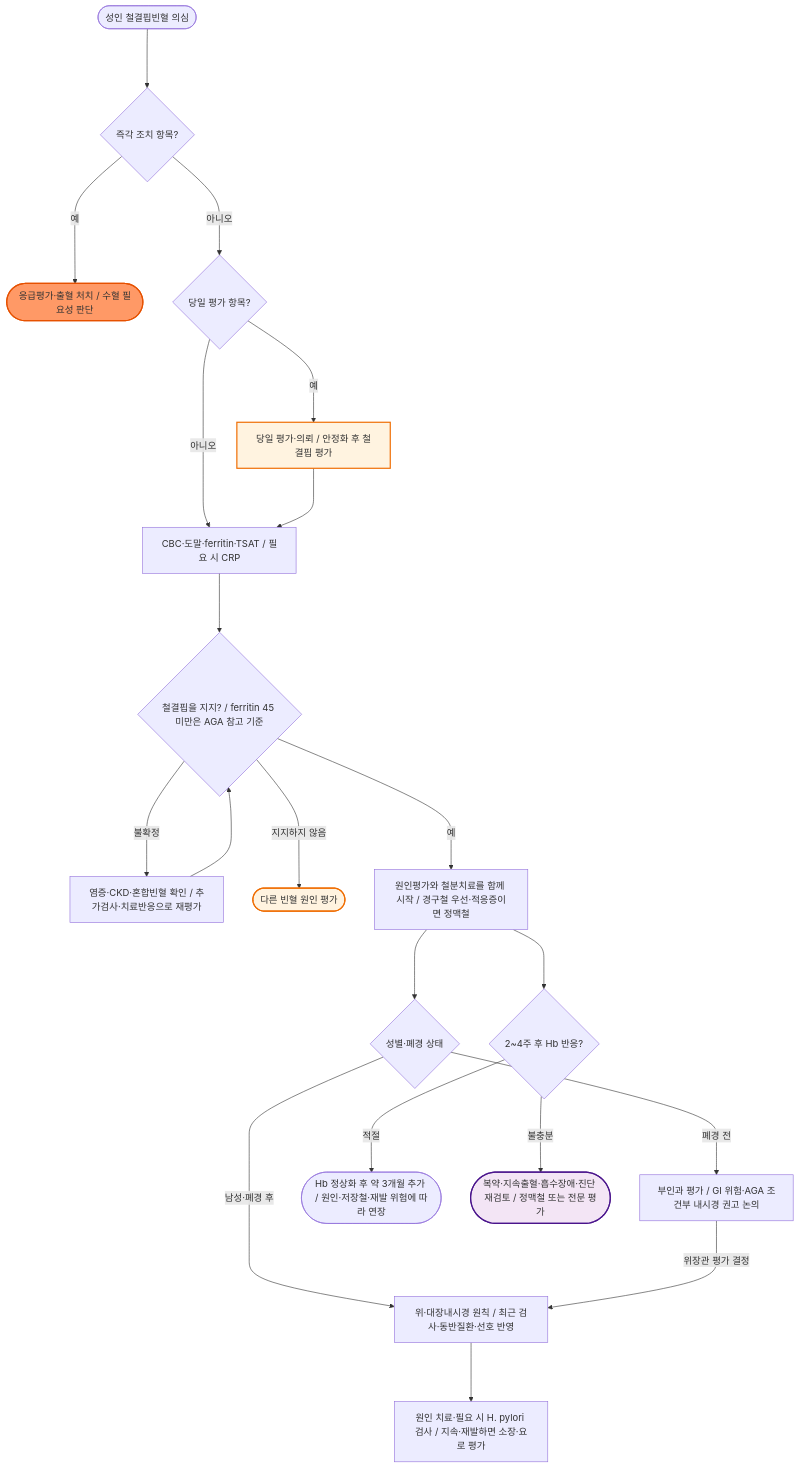
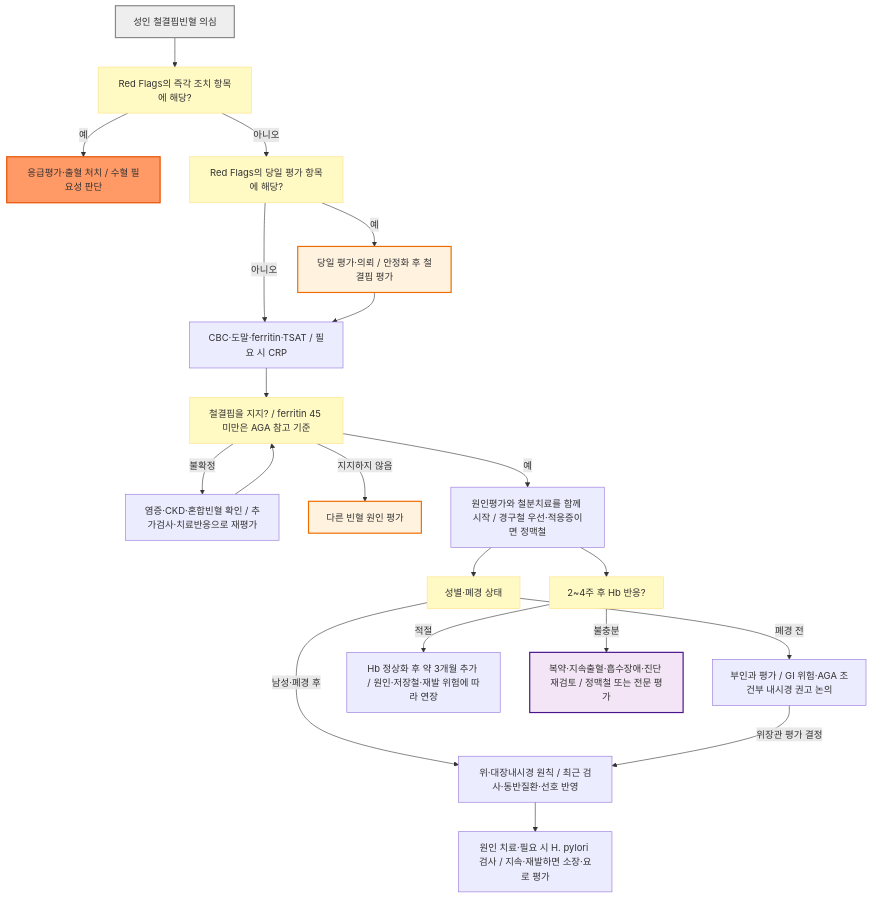
The diagram in 230_/193_-iron-def-anemia.md (familyoh77/familyoh77), drawn with Mermaid before and after one commit. The commit also changed other lines of this file and 16 other files, not shown here.

````diff
--- a/230_/193_-iron-def-anemia.md
+++ b/230_/193_-iron-def-anemia.md
@@ -126,26 +122,29 @@
 ```mermaid
 graph TD
-    A(["성인 철결핍빈혈 의심"]) ---> B{"즉각 조치 항목?"}
-    B --->|예| C(["응급평가·출혈 처치 / 수혈 필요성 판단"])
-    B --->|아니오| D{"당일 평가 항목?"}
-    D --->|예| E["당일 평가·의뢰 / 안정화 후 철결핍 평가"]
-    D --->|아니오| F["CBC·도말·ferritin·TSAT / 필요 시 CRP"]
-    E ---> F
-    F ---> G{"철결핍을 지지? / ferritin 45 미만은 AGA 참고 기준"}
-    G --->|불확정| H["염증·CKD·혼합빈혈 확인 / 추가검사·치료반응으로 재평가"]
-    G --->|지지하지 않음| U(["다른 빈혈 원인 평가"])
-    G --->|예| I["원인평가와 철분치료를 함께 시작 / 경구철 우선·적응증이면 정맥철"]
-    H ---> G
-    I ---> J{"성별·폐경 상태"}
-    J --->|남성·폐경 후| K["위·대장내시경 원칙 / 최근 검사·동반질환·선호 반영"]
-    J --->|폐경 전| L["부인과 평가 / GI 위험·AGA 조건부 내시경 권고 논의"]
-    L --->|위장관 평가 결정| K
-    K ---> M["원인 치료·필요 시 H. pylori 검사 / 지속·재발하면 소장·요로 평가"]
-    I ---> N{"2~4주 후 Hb 반응?"}
-    N --->|적절| O(["Hb 정상화 후 약 3개월 추가 / 원인·저장철·재발 위험에 따라 연장"])
-    N --->|불충분| P(["복약·지속출혈·흡수장애·진단 재검토 / 정맥철 또는 전문 평가"])
+    A["성인 철결핍빈혈 의심"] --> B["Red Flags의 즉각 조치 항목에 해당?"]
+    B -->|"예"| C["응급평가·출혈 처치 / 수혈 필요성 판단"]
+    B -->|"아니오"| D["Red Flags의 당일 평가 항목에 해당?"]
+    D -->|"예"| E["당일 평가·의뢰 / 안정화 후 철결핍 평가"]
+    D -->|"아니오"| F["CBC·도말·ferritin·TSAT / 필요 시 CRP"]
+    E --> F
+    F --> G["철결핍을 지지? / ferritin 45 미만은 AGA 참고 기준"]
+    G -->|"불확정"| H["염증·CKD·혼합빈혈 확인 / 추가검사·치료반응으로 재평가"]
+    G -->|"지지하지 않음"| U["다른 빈혈 원인 평가"]
+    G -->|"예"| I["원인평가와 철분치료를 함께 시작 / 경구철 우선·적응증이면 정맥철"]
+    H --> G
+    I --> J["성별·폐경 상태"]
+    J -->|"남성·폐경 후"| K["위·대장내시경 원칙 / 최근 검사·동반질환·선호 반영"]
+    J -->|"폐경 전"| L["부인과 평가 / GI 위험·AGA 조건부 내시경 권고 논의"]
+    L -->|"위장관 평가 결정"| K
+    K --> M["원인 치료·필요 시 H. pylori 검사 / 지속·재발하면 소장·요로 평가"]
+    I --> N["2~4주 후 Hb 반응?"]
+    N -->|"적절"| O["Hb 정상화 후 약 3개월 추가 / 원인·저장철·재발 위험에 따라 연장"]
+    N -->|"불충분"| P["복약·지속출혈·흡수장애·진단 재검토 / 정맥철 또는 전문 평가"]
+    classDef question fill:#fff9c4,stroke:#ffe082
+    class B,D,G,J,N question
+    style A fill:#eeeeee,stroke:#888888,stroke-width:2px
     style C fill:#f96,stroke:#e65100,stroke-width:2px
     style E fill:#fff3e0,stroke:#ef6c00,stroke-width:2px
     style U fill:#fff3e0,stroke:#ef6c00,stroke-width:2px
     style P fill:#f3e5f5,stroke:#4a148c,stroke-width:2px
 ```
````
